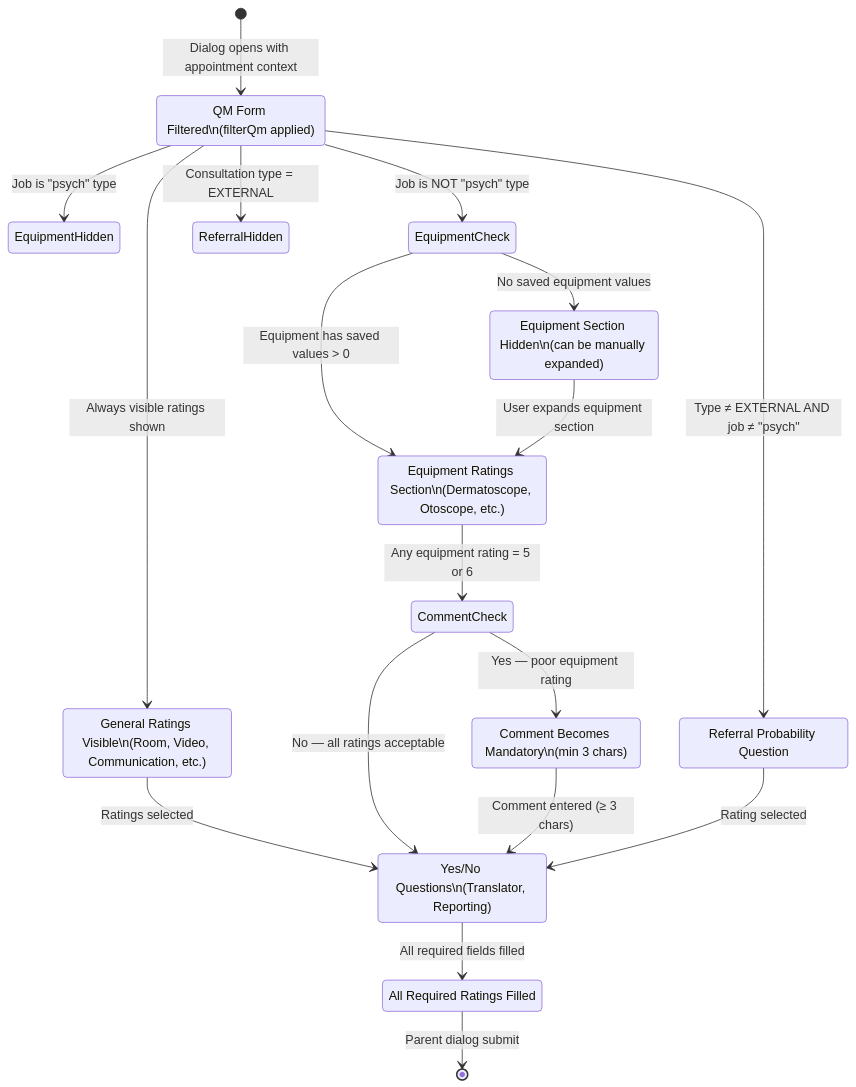
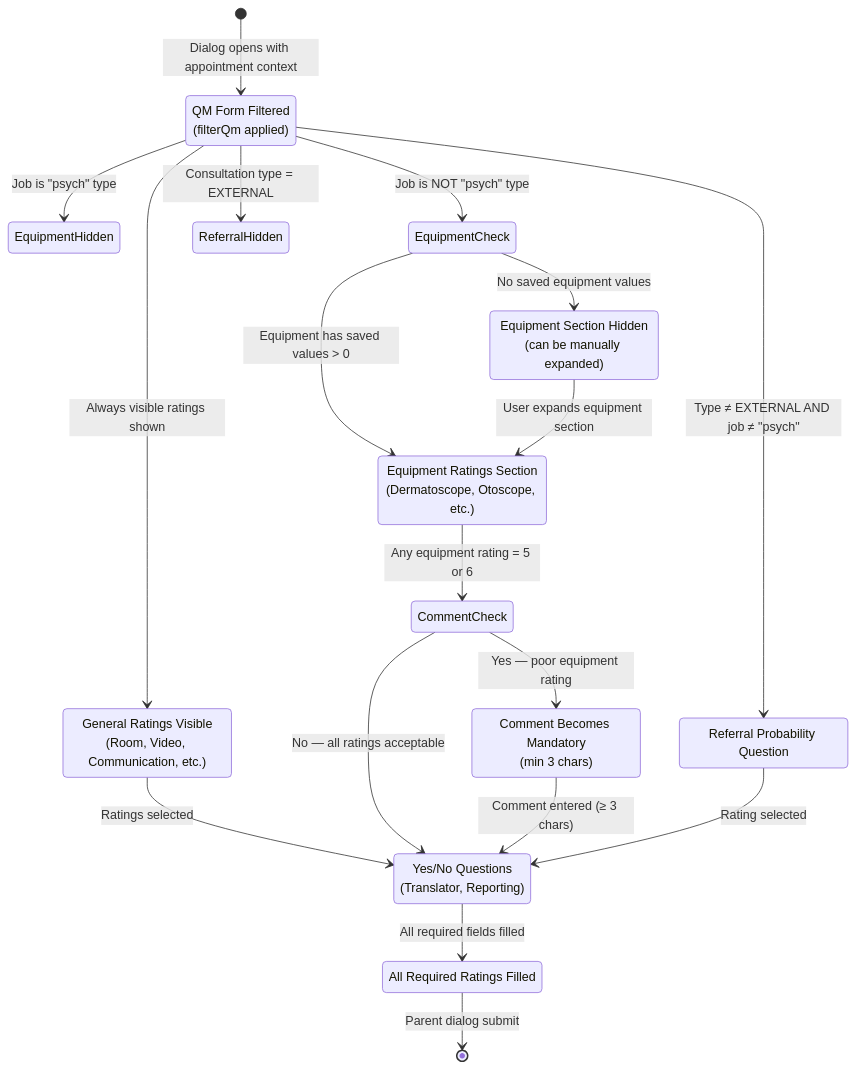
The fifth of 8 diagrams in specs/wireframes/treatment/workflows.md (RaphaelBossek/BearStudio-start-ui-web), drawn with Mermaid before and after one commit. The commit also changed other lines of this file and 14 other files, not shown here.

First line of the commit message:
fix(mermaid): replace \n with <br> for proper line breaks

````diff
--- a/specs/wireframes/treatment/workflows.md
+++ b/specs/wireframes/treatment/workflows.md
@@ -265,45 +265,45 @@
 ```mermaid
 stateDiagram-v2
     [*] --> FilterApplied: Dialog opens with appointment context
 
-    FilterApplied: QM Form Filtered\n(filterQm applied)
-    GeneralRatings: General Ratings Visible\n(Room, Video, Communication, etc.)
-    EquipmentRatings: Equipment Ratings Section\n(Dermatoscope, Otoscope, etc.)
+    FilterApplied: QM Form Filtered<br>(filterQm applied)
+    GeneralRatings: General Ratings Visible<br>(Room, Video, Communication, etc.)
+    EquipmentRatings: Equipment Ratings Section<br>(Dermatoscope, Otoscope, etc.)
     ReferralQuestion: Referral Probability Question
-    BooleanQuestions: Yes/No Questions\n(Translator, Reporting)
-    CommentRequired: Comment Becomes Mandatory\n(min 3 chars)
+    BooleanQuestions: Yes/No Questions<br>(Translator, Reporting)
+    CommentRequired: Comment Becomes Mandatory<br>(min 3 chars)
     FormComplete: All Required Ratings Filled
 
     FilterApplied --> GeneralRatings: Always visible ratings shown
     FilterApplied --> EquipmentHidden: Job is "psych" type
     FilterApplied --> EquipmentCheck: Job is NOT "psych" type
 
     state EquipmentHidden <<choice>>
     state EquipmentCheck <<choice>>
 
     EquipmentCheck --> EquipmentRatings: Equipment has saved values > 0
     EquipmentCheck --> EquipmentCollapsed: No saved equipment values
 
-    EquipmentCollapsed: Equipment Section Hidden\n(can be manually expanded)
+    EquipmentCollapsed: Equipment Section Hidden<br>(can be manually expanded)
     EquipmentCollapsed --> EquipmentRatings: User expands equipment section
 
     GeneralRatings --> BooleanQuestions: Ratings selected
 
     EquipmentRatings --> CommentCheck: Any equipment rating = 5 or 6
 
     state CommentCheck <<choice>>
     CommentCheck --> CommentRequired: Yes — poor equipment rating
     CommentCheck --> BooleanQuestions: No — all ratings acceptable
 
     CommentRequired --> BooleanQuestions: Comment entered (≥ 3 chars)
 
     FilterApplied --> ReferralHidden: Consultation type = EXTERNAL
     FilterApplied --> ReferralQuestion: Type ≠ EXTERNAL AND job ≠ "psych"
 
     state ReferralHidden <<choice>>
 
     ReferralQuestion --> BooleanQuestions: Rating selected
 
     BooleanQuestions --> FormComplete: All required fields filled
     FormComplete --> [*]: Parent dialog submit
 ```
````
